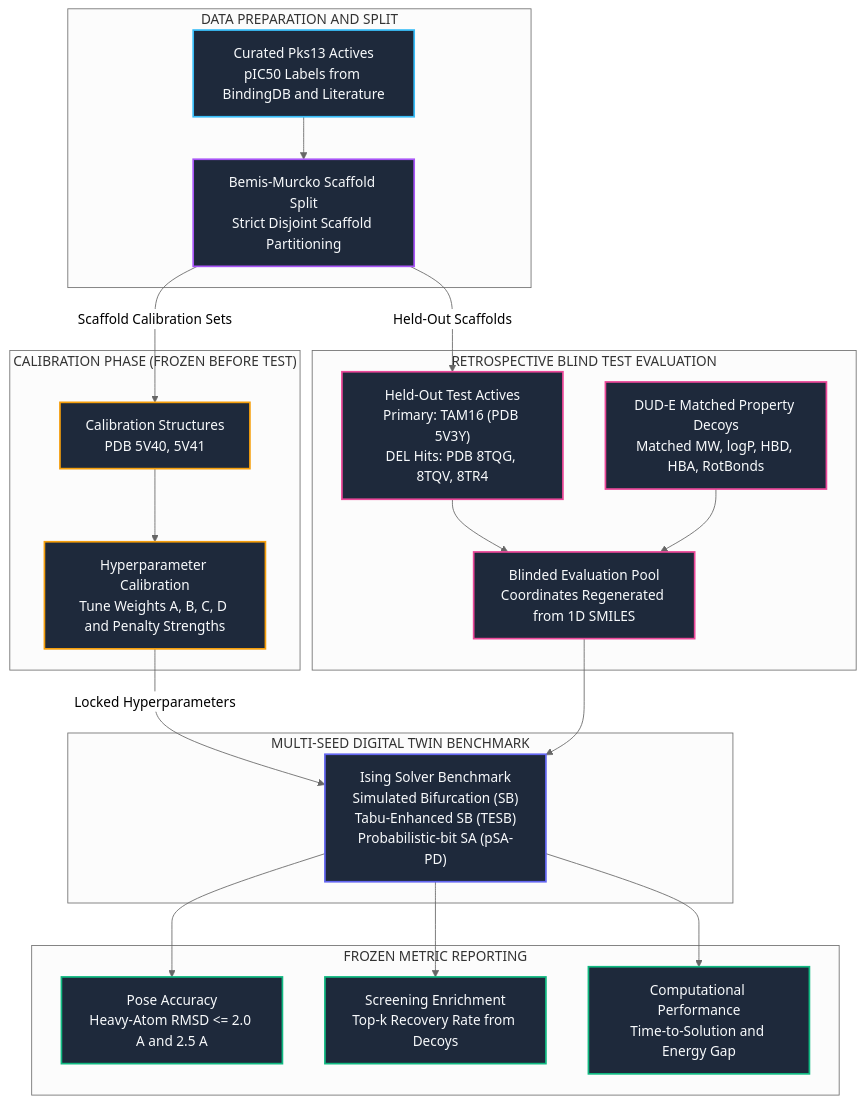
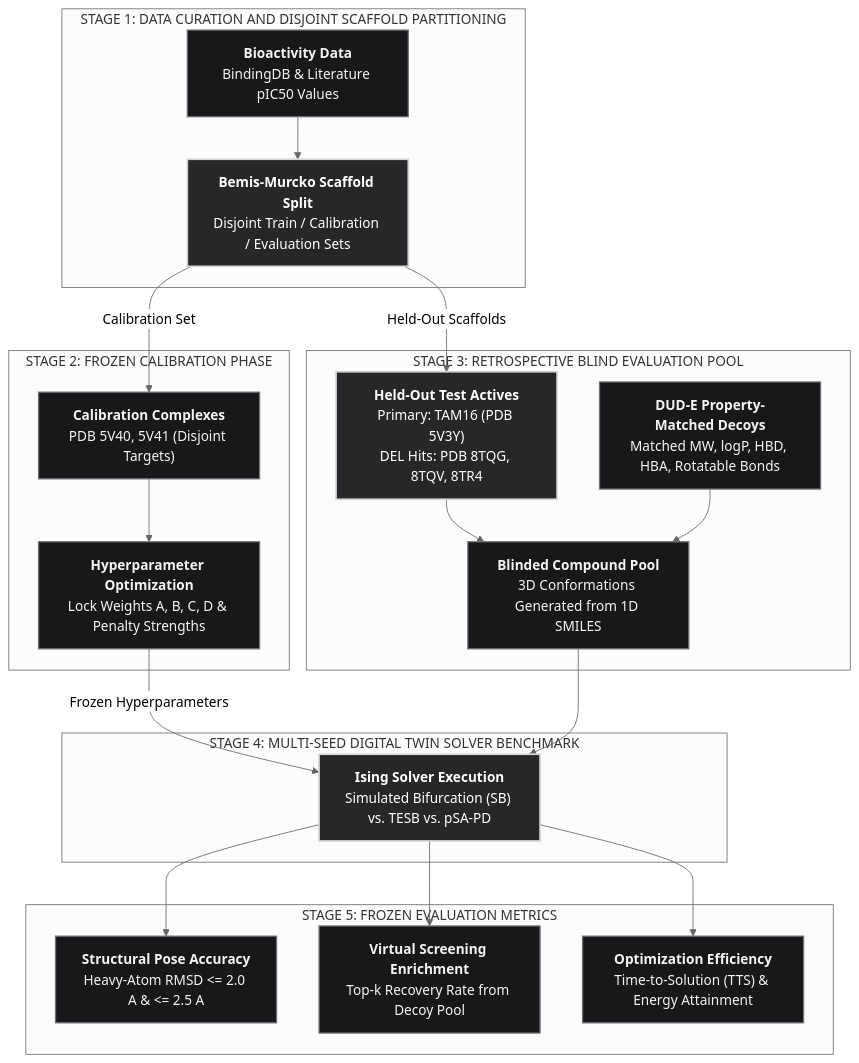
Before and after one commit to Camn0/xtubit: the second of 2 diagrams in README.md, drawn with Mermaid (neutral theme). The commit also changed other lines of this file, not shown here.

Commit message:
docs: use monochrome diagrams, fix LaTeX operatorname macros, and refine documentation tone

````diff
--- a/README.md
+++ b/README.md
@@ -217,48 +217,45 @@
 ```mermaid
 flowchart TD
-    classDef inputCard fill:#1e293b,stroke:#38bdf8,stroke-width:2px,color:#f8fafc;
-    classDef splitCard fill:#1e293b,stroke:#a855f7,stroke-width:2px,color:#f8fafc;
-    classDef calibCard fill:#1e293b,stroke:#f59e0b,stroke-width:2px,color:#f8fafc;
-    classDef blindCard fill:#1e293b,stroke:#ec4899,stroke-width:2px,color:#f8fafc;
-    classDef solveCard fill:#1e293b,stroke:#6366f1,stroke-width:2px,color:#f8fafc;
-    classDef metricCard fill:#1e293b,stroke:#10b981,stroke-width:2px,color:#f8fafc;
+    classDef paperNode fill:#18181b,stroke:#71717a,stroke-width:1.5px,color:#f4f4f5;
+    classDef paperKey fill:#27272a,stroke:#d4d4d8,stroke-width:2px,color:#ffffff;
+    classDef paperSub fill:#18181b,stroke:#52525b,stroke-width:1px,color:#e4e4e7;
 
-    subgraph DataInputs["DATA PREPARATION AND SPLIT"]
-        ACT["Curated Pks13 Actives<br/>pIC50 Labels from BindingDB and Literature"]:::inputCard
-        SCAF["Bemis-Murcko Scaffold Split<br/>Strict Disjoint Scaffold Partitioning"]:::splitCard
+    subgraph Stage1["STAGE 1: DATA CURATION AND DISJOINT SCAFFOLD PARTITIONING"]
+        ACT["<b>Bioactivity Data</b><br/>BindingDB & Literature pIC50 Values"]:::paperNode
+        SCAF["<b>Bemis-Murcko Scaffold Split</b><br/>Disjoint Train / Calibration / Evaluation Sets"]:::paperKey
         ACT --> SCAF
     end
 
-    subgraph CalibrationPhase["CALIBRATION PHASE (FROZEN BEFORE TEST)"]
-        CALIB_STRUCT["Calibration Structures<br/>PDB 5V40, 5V41"]:::calibCard
-        TUNING["Hyperparameter Calibration<br/>Tune Weights A, B, C, D and Penalty Strengths"]:::calibCard
+    subgraph Stage2["STAGE 2: FROZEN CALIBRATION PHASE"]
+        CALIB_STRUCT["<b>Calibration Complexes</b><br/>PDB 5V40, 5V41 (Disjoint Targets)"]:::paperNode
+        TUNING["<b>Hyperparameter Optimization</b><br/>Lock Weights A, B, C, D & Penalty Strengths"]:::paperNode
         CALIB_STRUCT --> TUNING
     end
 
-    subgraph BlindEvaluation["RETROSPECTIVE BLIND TEST EVALUATION"]
-        TEST_ACT["Held-Out Test Actives<br/>Primary: TAM16 (PDB 5V3Y)<br/>DEL Hits: PDB 8TQG, 8TQV, 8TR4"]:::blindCard
-        DECOYS["DUD-E Matched Property Decoys<br/>Matched MW, logP, HBD, HBA, RotBonds"]:::blindCard
-        BLIND_POOL["Blinded Evaluation Pool<br/>Coordinates Regenerated from 1D SMILES"]:::blindCard
+    subgraph Stage3["STAGE 3: RETROSPECTIVE BLIND EVALUATION POOL"]
+        TEST_ACT["<b>Held-Out Test Actives</b><br/>Primary: TAM16 (PDB 5V3Y)<br/>DEL Hits: PDB 8TQG, 8TQV, 8TR4"]:::paperKey
+        DECOYS["<b>DUD-E Property-Matched Decoys</b><br/>Matched MW, logP, HBD, HBA, Rotatable Bonds"]:::paperNode
+        BLIND_POOL["<b>Blinded Compound Pool</b><br/>3D Conformations Generated from 1D SMILES"]:::paperNode
         
         TEST_ACT --> BLIND_POOL
         DECOYS --> BLIND_POOL
     end
 
-    subgraph SolverBench["MULTI-SEED DIGITAL TWIN BENCHMARK"]
-        SOLVERS["Ising Solver Benchmark<br/>Simulated Bifurcation (SB)<br/>Tabu-Enhanced SB (TESB)<br/>Probabilistic-bit SA (pSA-PD)"]:::solveCard
+    subgraph Stage4["STAGE 4: MULTI-SEED DIGITAL TWIN SOLVER BENCHMARK"]
+        SOLVERS["<b>Ising Solver Execution</b><br/>Simulated Bifurcation (SB) vs. TESB vs. pSA-PD"]:::paperKey
     end
 
-    subgraph MetricReporting["FROZEN METRIC REPORTING"]
-        RMSD["Pose Accuracy<br/>Heavy-Atom RMSD <= 2.0 A and 2.5 A"]:::metricCard
-        HIT["Screening Enrichment<br/>Top-k Recovery Rate from Decoys"]:::metricCard
-        TTS["Computational Performance<br/>Time-to-Solution and Energy Gap"]:::metricCard
+    subgraph Stage5["STAGE 5: FROZEN EVALUATION METRICS"]
+        RMSD["<b>Structural Pose Accuracy</b><br/>Heavy-Atom RMSD <= 2.0 A & <= 2.5 A"]:::paperNode
+        HIT["<b>Virtual Screening Enrichment</b><br/>Top-k Recovery Rate from Decoy Pool"]:::paperNode
+        TTS["<b>Optimization Efficiency</b><br/>Time-to-Solution (TTS) & Energy Attainment"]:::paperNode
     end
 
-    SCAF -->|Scaffold Calibration Sets| CALIB_STRUCT
+    SCAF -->|Calibration Set| CALIB_STRUCT
     SCAF -->|Held-Out Scaffolds| TEST_ACT
-    TUNING -->|Locked Hyperparameters| SOLVERS
+    TUNING -->|Frozen Hyperparameters| SOLVERS
     BLIND_POOL --> SOLVERS
     SOLVERS --> RMSD
     SOLVERS --> HIT
     SOLVERS --> TTS
 ```
````
